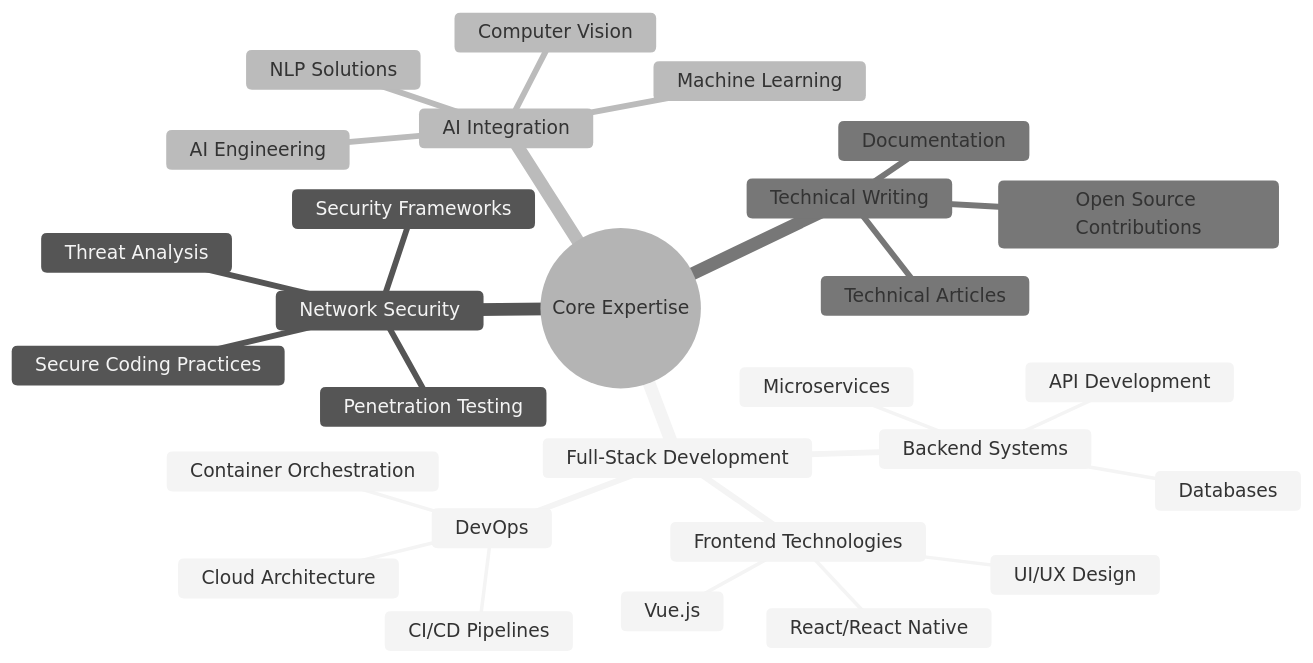
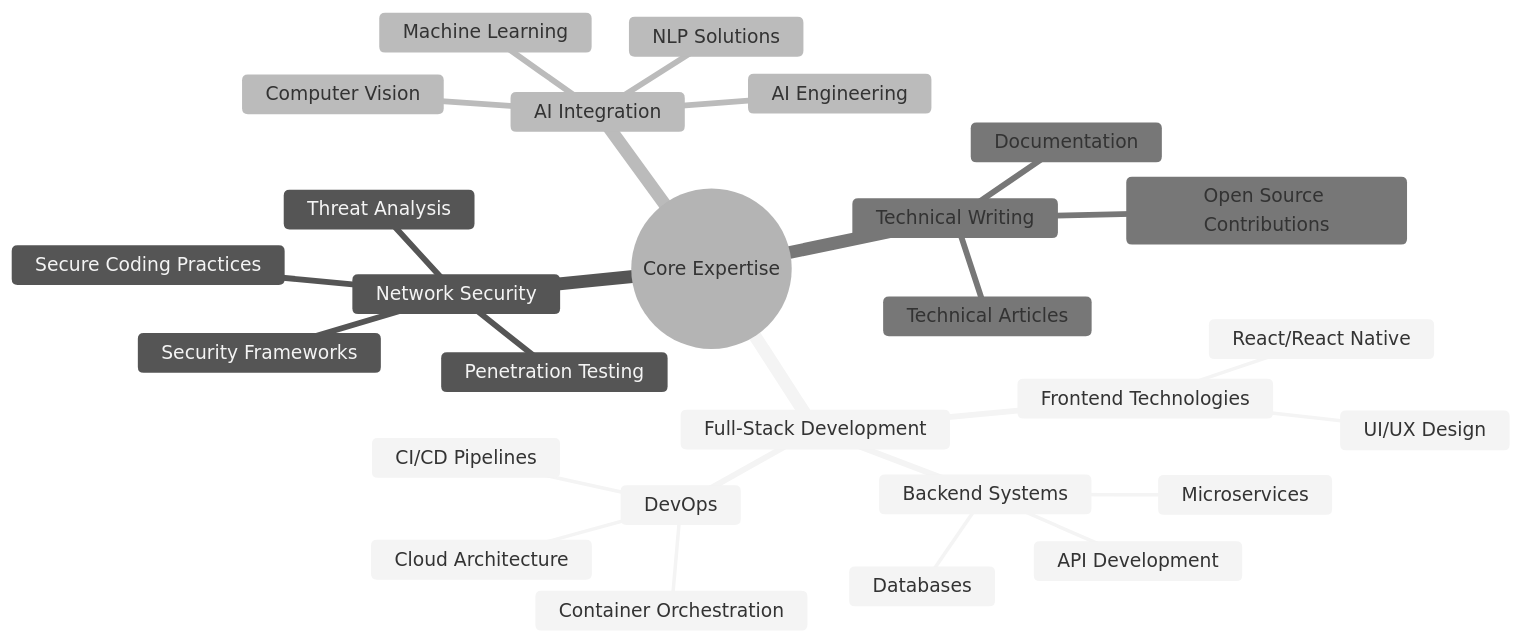
The diagram in README.md (awiones/awiones), drawn with Mermaid before and after one commit.

````diff
--- a/README.md
+++ b/README.md
@@ -108,32 +108,31 @@
 ```mermaid
 %%{init: {'theme': 'neutral', 'themeVariables': { 'fontSize': '16px', 'primaryColor': '#0366D6', 'primaryTextColor': '#fff', 'lineColor': '#0366D6'}}}%%
 mindmap
   root((Core Expertise))
     Full-Stack Development
       Frontend Technologies
         React/React Native
-        Vue.js
         UI/UX Design
       Backend Systems
         API Development
         Microservices
         Databases
       DevOps
         CI/CD Pipelines
         Container Orchestration
         Cloud Architecture
     Network Security
       Penetration Testing
       Threat Analysis
       Security Frameworks
       Secure Coding Practices
     AI Integration
       Machine Learning
       NLP Solutions
       Computer Vision
       AI Engineering
     Technical Writing
       Documentation
       Technical Articles
       Open Source Contributions
 ```
````
